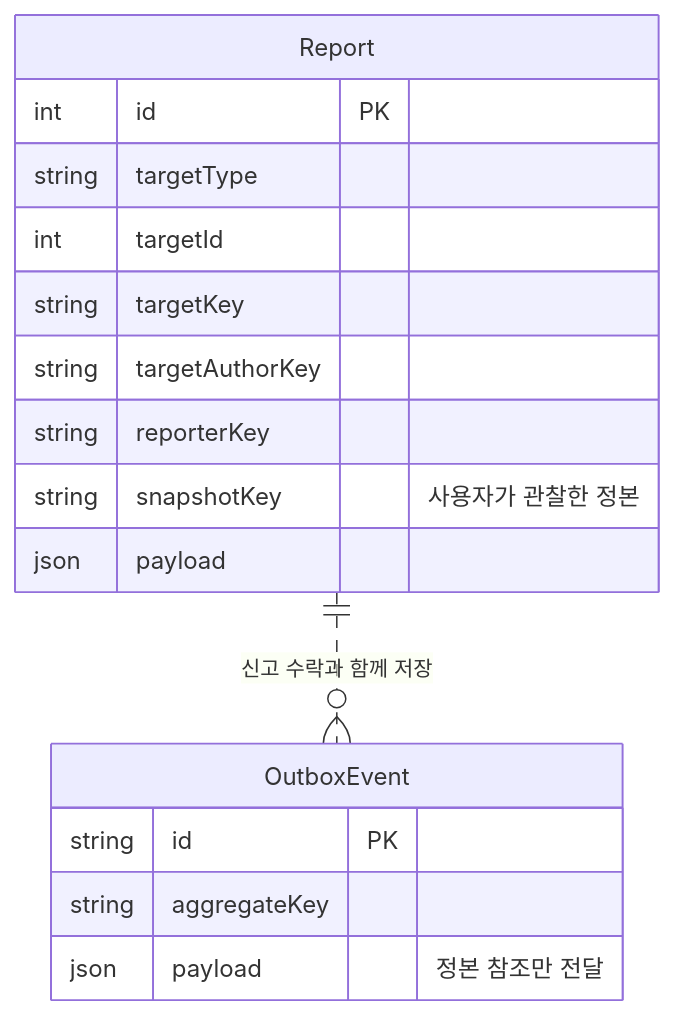
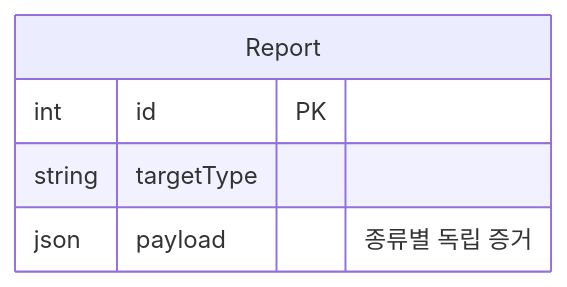
The fourth of 12 diagrams in docs/report-management.md (luke0408/blog-erd), drawn with Mermaid before and after one commit. The commit also changed other lines of this file and 5 other files, not shown here.

Commit message:
docs(erd): reorder student questions by design requirements

````diff
--- a/docs/report-management.md
+++ b/docs/report-management.md
@@ -100,19 +105,8 @@
 ```mermaid
 erDiagram
     Report {
         int id PK
         string targetType
-        int targetId
-        string targetKey
-        string targetAuthorKey
-        string reporterKey
-        string snapshotKey "사용자가 관찰한 정본"
-        json payload
+        json payload "종류별 독립 증거"
     }
-    OutboxEvent {
-        string id PK
-        string aggregateKey
-        json payload "정본 참조만 전달"
-    }
-    Report ||..o{ OutboxEvent : "신고 수락과 함께 저장"
 ```
````
